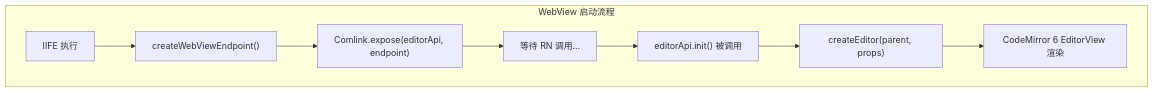
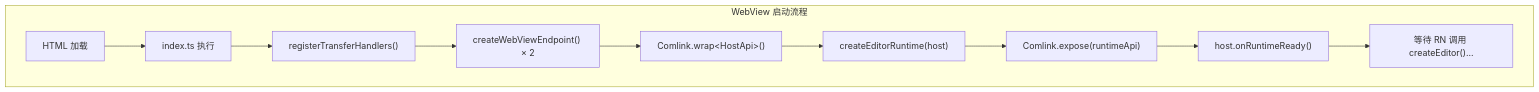
Diagram 13 of 18 in dev-notes/blog/comlink-codemirror-rn-integration.md (yexiyue/SwarmNote-RN), drawn with Mermaid before and after one commit. The commit also changed other lines of this file and 47 other files, not shown here.

First line of the commit message:
refactor: fix Comlink bridge issues, split editor-web into modules, migrate build to Vite

````diff
--- a/dev-notes/blog/comlink-codemirror-rn-integration.md
+++ b/dev-notes/blog/comlink-codemirror-rn-integration.md
@@ -430,11 +417,13 @@
 ```mermaid
 graph TB
     subgraph "WebView 启动流程"
-        A["IIFE 执行"] --> B["createWebViewEndpoint()"]
-        B --> C["Comlink.expose(editorApi, endpoint)"]
-        C --> D["等待 RN 调用..."]
-        D --> E["editorApi.init() 被调用"]
-        E --> F["createEditor(parent, props)"]
-        F --> G["CodeMirror 6 EditorView 渲染"]
+        A["HTML 加载"] --> B["index.ts 执行"]
+        B --> C["registerTransferHandlers()"]
+        C --> D["createWebViewEndpoint() × 2"]
+        D --> E["Comlink.wrap&lt;HostApi&gt;()"]
+        E --> F["createEditorRuntime(host)"]
+        F --> G["Comlink.expose(runtimeApi)"]
+        G --> H["host.onRuntimeReady()"]
+        H --> I["等待 RN 调用 createEditor()..."]
     end
 ```
````
